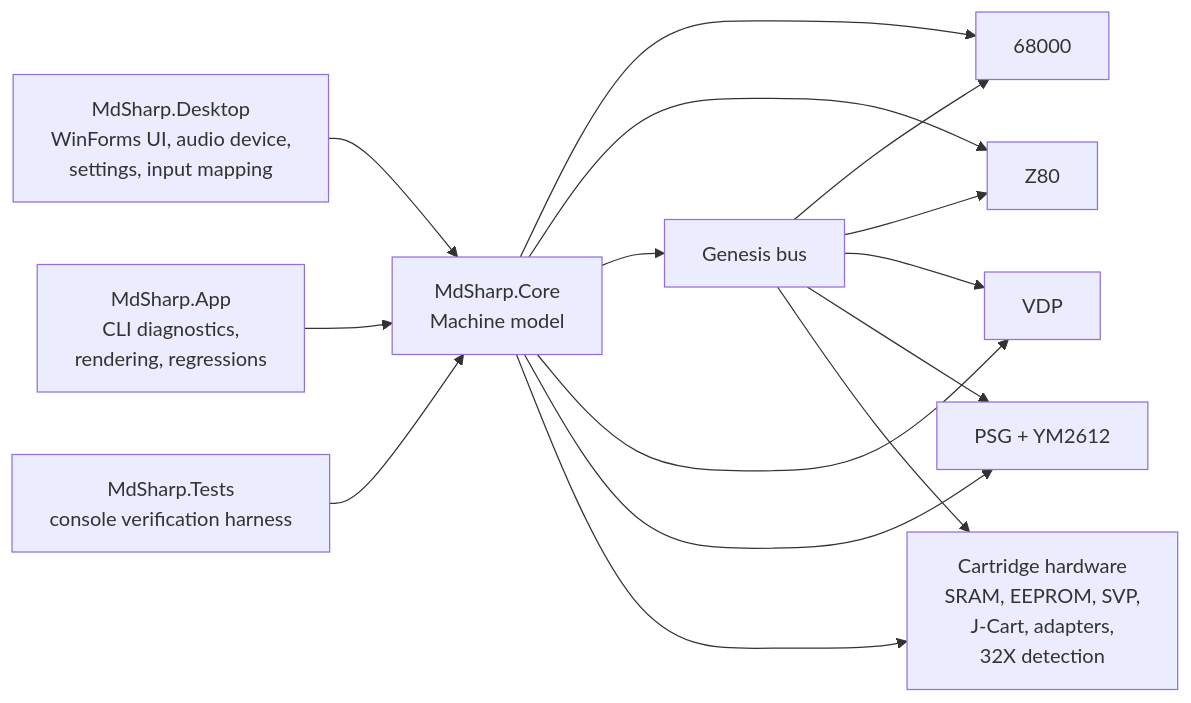
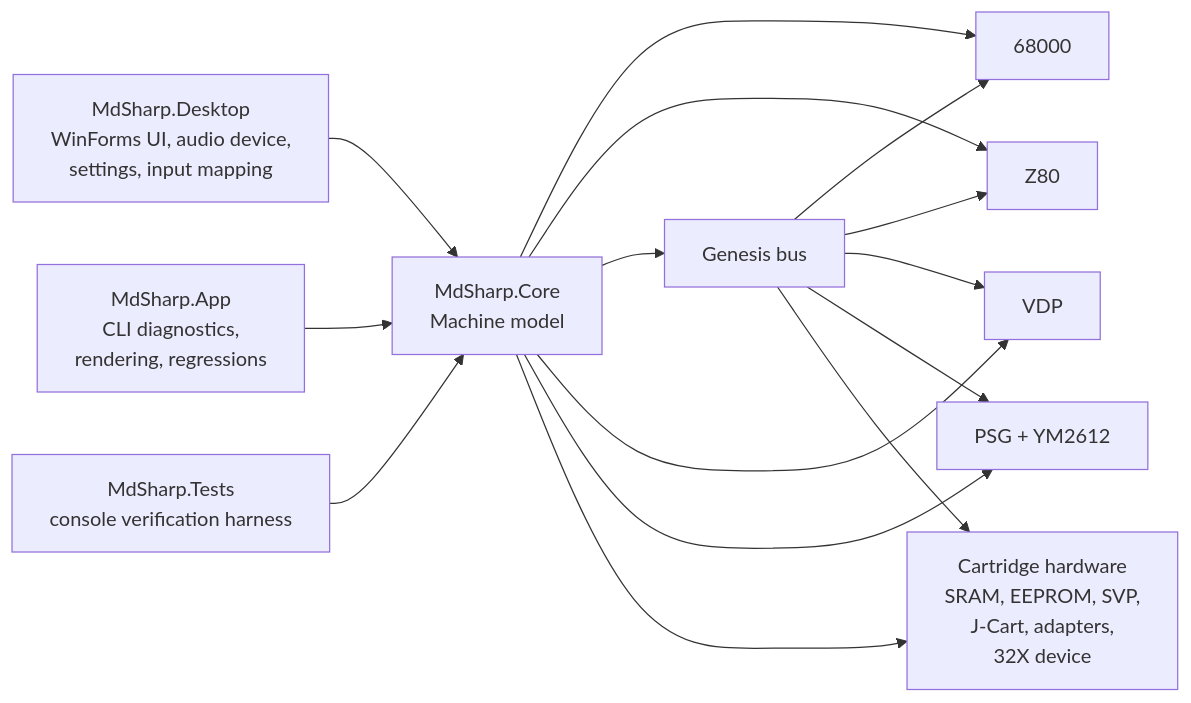
Before and after one commit to PaulMDemers/mdSharp: the diagram in docs/ARCHITECTURE.md, drawn with Mermaid. The commit also changed other lines of this file and 21 other files, not shown here.

````diff
--- a/docs/ARCHITECTURE.md
+++ b/docs/ARCHITECTURE.md
@@ -17,19 +17,19 @@
 ```mermaid
 flowchart LR
     Desktop["MdSharp.Desktop\nWinForms UI, audio device,\nsettings, input mapping"] --> Core["MdSharp.Core\nMachine model"]
     App["MdSharp.App\nCLI diagnostics,\nrendering, regressions"] --> Core
     Tests["MdSharp.Tests\nconsole verification harness"] --> Core
 
     Core --> Cpu68k["68000"]
     Core --> Z80["Z80"]
     Core --> Bus["Genesis bus"]
     Core --> Vdp["VDP"]
     Core --> Audio["PSG + YM2612"]
-    Core --> Cart["Cartridge hardware\nSRAM, EEPROM, SVP,\nJ-Cart, adapters,\n32X detection"]
+    Core --> Cart["Cartridge hardware\nSRAM, EEPROM, SVP,\nJ-Cart, adapters,\n32X device"]
 
     Bus --> Cpu68k
     Bus --> Z80
     Bus --> Vdp
     Bus --> Audio
     Bus --> Cart
 ```
````
